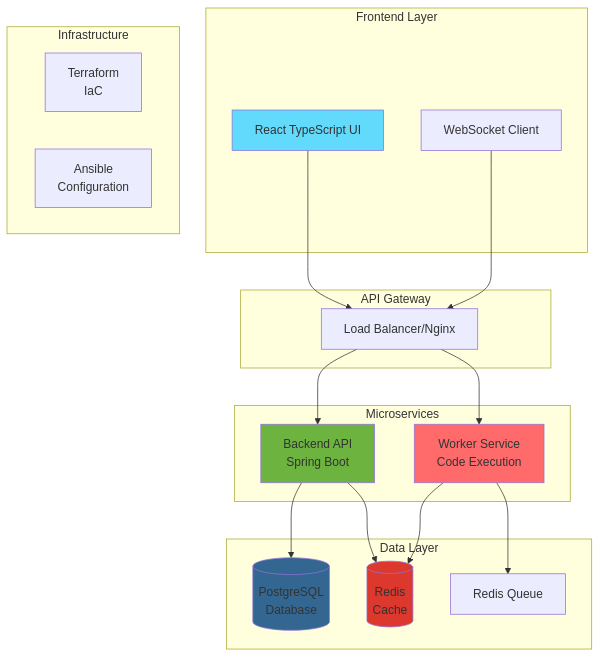
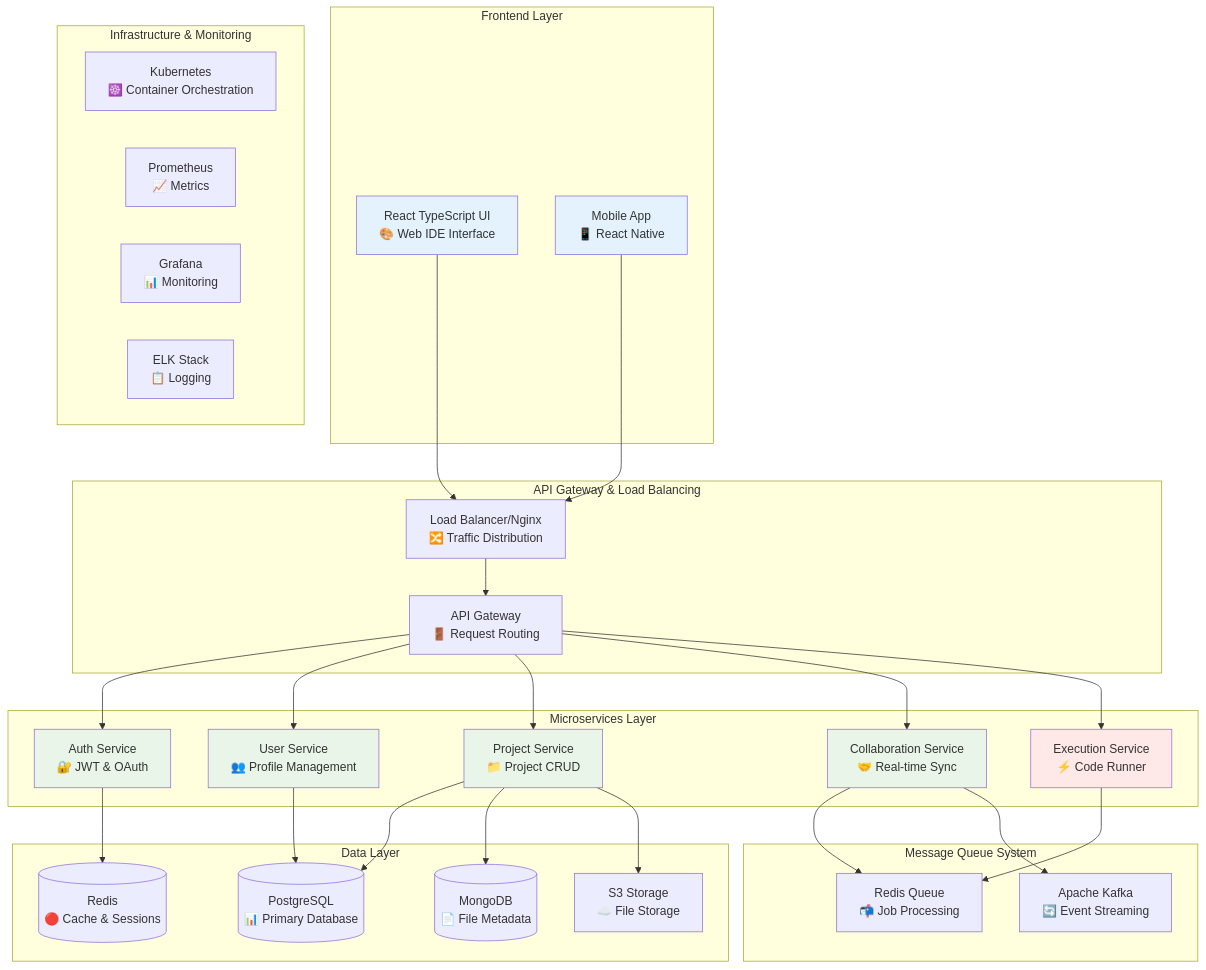
Before and after one commit to tkoppine/coding_platform: the second of 2 diagrams in README.md, drawn with Mermaid. The commit also changed other lines of this file and 9 other files, not shown here.

````diff
--- a/README.md
+++ b/README.md
@@ -13,42 +84,67 @@
 ```mermaid
 graph TB
     subgraph "Frontend Layer"
-        UI[React TypeScript UI]
-        WS[WebSocket Client]
+        UI[React TypeScript UI<br/>🎨 Web IDE Interface]
+        MOBILE[Mobile App<br/>📱 React Native]
     end
 
-    subgraph "API Gateway"
-        LB[Load Balancer/Nginx]
+    subgraph "API Gateway & Load Balancing"
+        LB[Load Balancer/Nginx<br/>🔀 Traffic Distribution]
+        API_GW[API Gateway<br/>🚪 Request Routing]
     end
 
-    subgraph "Microservices"
-        API[Backend API<br/>Spring Boot]
-        WORKER[Worker Service<br/>Code Execution]
+    subgraph "Microservices Layer"
+        AUTH[Auth Service<br/>🔐 JWT & OAuth]
+        USER[User Service<br/>👥 Profile Management]
+        PROJECT[Project Service<br/>📁 Project CRUD]
+        COLLAB[Collaboration Service<br/>🤝 Real-time Sync]
+        EXEC[Execution Service<br/>⚡ Code Runner]
+    end
+
+    subgraph "Message Queue System"
+        REDIS_Q[Redis Queue<br/>📬 Job Processing]
+        KAFKA[Apache Kafka<br/>🔄 Event Streaming]
     end
 
     subgraph "Data Layer"
-        DB[(PostgreSQL<br/>Database)]
-        CACHE[(Redis<br/>Cache)]
-        QUEUE[Redis Queue]
+        POSTGRES[(PostgreSQL<br/>📊 Primary Database)]
+        REDIS[(Redis<br/>🔴 Cache & Sessions)]
+        MONGO[(MongoDB<br/>📄 File Metadata)]
+        S3_NEW[S3 Storage<br/>☁️ File Storage]
     end
 
-    subgraph "Infrastructure"
-        TF[Terraform<br/>IaC]
-        AN[Ansible<br/>Configuration]
+    subgraph "Infrastructure & Monitoring"
+        K8S[Kubernetes<br/>☸️ Container Orchestration]
+        PROM[Prometheus<br/>📈 Metrics]
+        GRAF[Grafana<br/>📊 Monitoring]
+        ELK[ELK Stack<br/>📋 Logging]
     end
 
+    %% Enhanced Flow
     UI --> LB
-    WS --> LB
-    LB --> API
-    LB --> WORKER
-    API --> DB
-    API --> CACHE
-    WORKER --> QUEUE
-    WORKER --> CACHE
+    MOBILE --> LB
+    LB --> API_GW
+    API_GW --> AUTH
+    API_GW --> USER
+    API_GW --> PROJECT
+    API_GW --> COLLAB
+    API_GW --> EXEC
 
-    style UI fill:#61DAFB
-    style API fill:#6DB33F
-    style WORKER fill:#FF6B6B
-    style DB fill:#336791
-    style CACHE fill:#DC382D
+    AUTH --> REDIS
+    USER --> POSTGRES
+    PROJECT --> POSTGRES
+    PROJECT --> MONGO
+    PROJECT --> S3_NEW
+    COLLAB --> REDIS_Q
+    COLLAB --> KAFKA
+    EXEC --> REDIS_Q
+
+    %% Styling for future scope
+    style UI fill:#E3F2FD
+    style MOBILE fill:#E3F2FD
+    style AUTH fill:#E8F5E8
+    style USER fill:#E8F5E8
+    style PROJECT fill:#E8F5E8
+    style COLLAB fill:#E8F5E8
+    style EXEC fill:#FFE8E8
 ```
````
